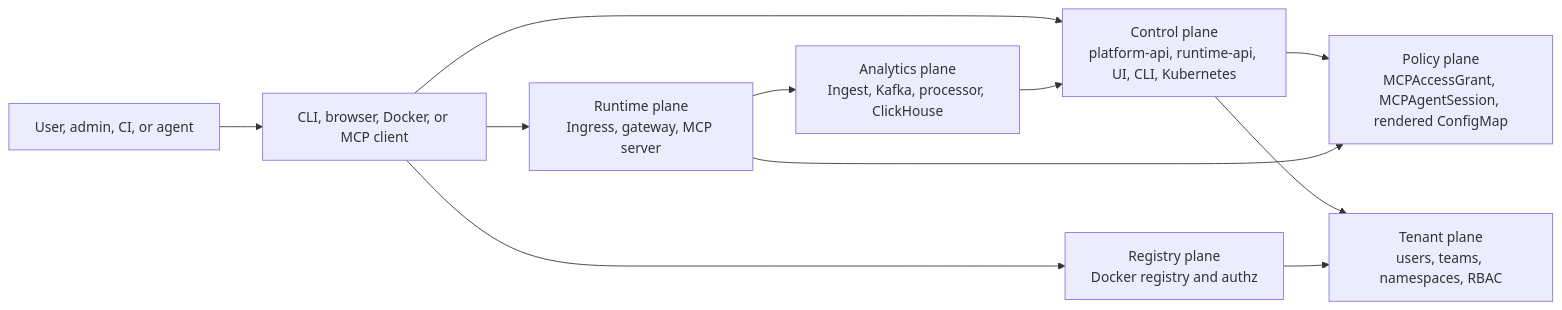
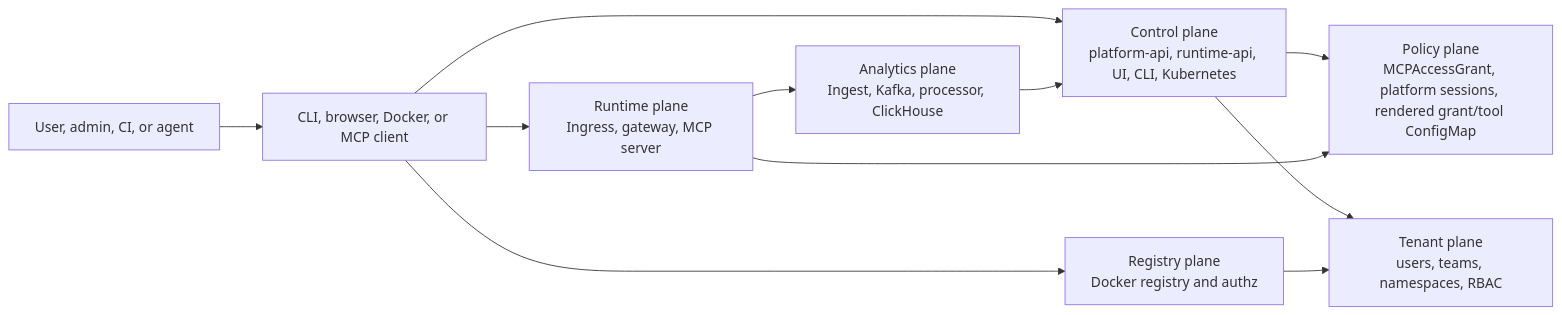
One commit to mcp-runtime/mcp-runtime changed the first of 9 diagrams in docs/internals/request-flows.md. Above: the diagram before and after it, drawn with Mermaid. The commit also changed other lines of this file and 35 other files, not shown here.

Commit message:
fix(access): fence session identities and validate platform management flows

````diff
--- a/docs/internals/request-flows.md
+++ b/docs/internals/request-flows.md
@@ -11,13 +11,13 @@
 ```mermaid
 flowchart LR
     User["User, admin, CI, or agent"] --> Entry["CLI, browser, Docker, or MCP client"]
     Entry --> Control["Control plane\nplatform-api, runtime-api, UI, CLI, Kubernetes"]
     Entry --> Runtime["Runtime plane\nIngress, gateway, MCP server"]
     Entry --> Registry["Registry plane\nDocker registry and authz"]
-    Control --> Policy["Policy plane\nMCPAccessGrant, MCPAgentSession, rendered ConfigMap"]
+    Control --> Policy["Policy plane\nMCPAccessGrant, platform sessions, rendered grant/tool ConfigMap"]
     Runtime --> Policy
     Runtime --> Analytics["Analytics plane\nIngest, Kafka, processor, ClickHouse"]
     Control --> Tenancy["Tenant plane\nusers, teams, namespaces, RBAC"]
     Registry --> Tenancy
     Analytics --> Control
 ```
````
